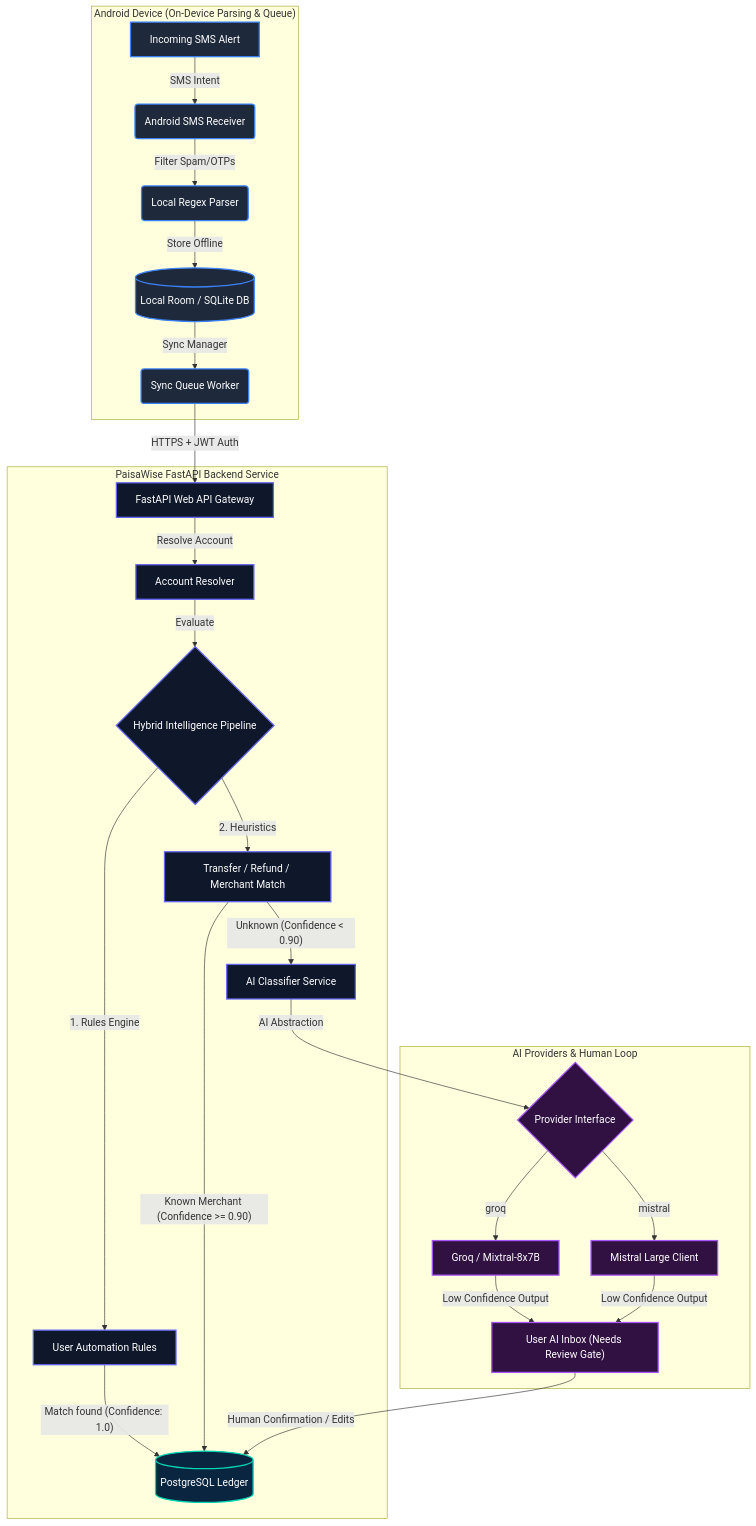
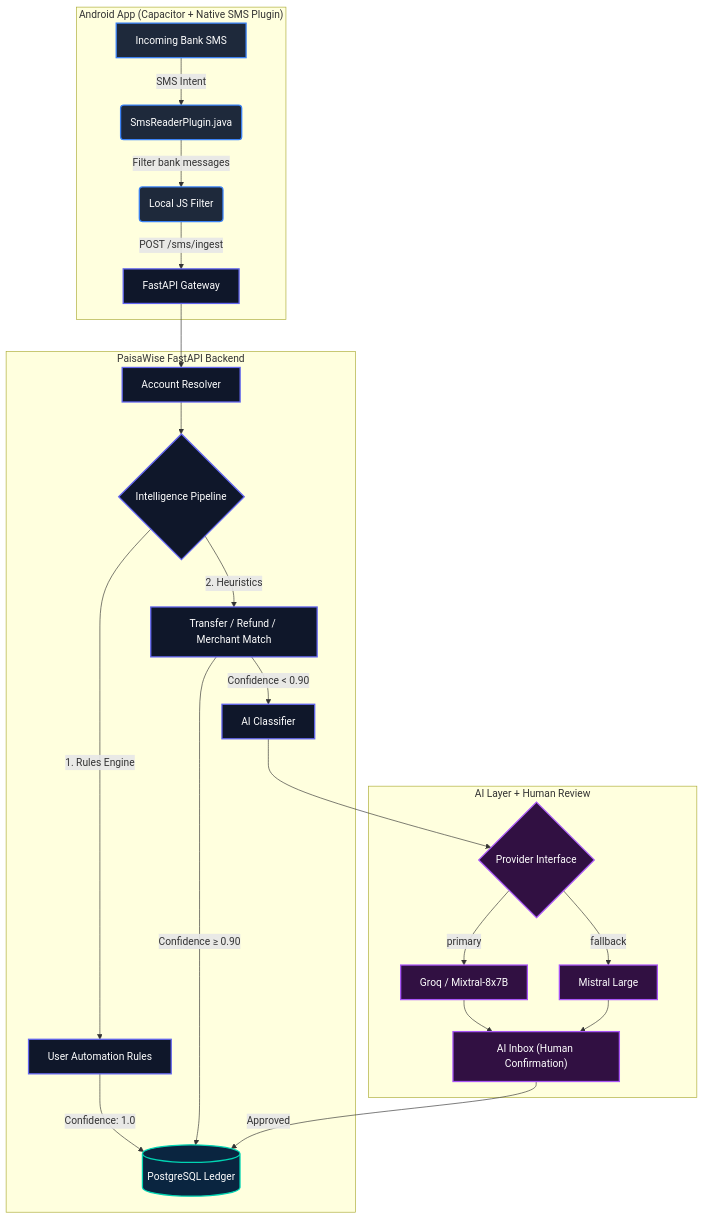
One commit to shlokbam/PaisaWise changed the diagram in README.md. Above: the diagram before and after it, drawn with Mermaid. The commit also changed other lines of this file, not shown here.

Commit message:
docs: update README with comprehensive feature lists, technical stack tables, and Android setup guide

````diff
--- a/README.md
+++ b/README.md
@@ -53,46 +188,37 @@
 ```mermaid
 graph TD
-    %% Styling
     classDef device fill:#1E293B,stroke:#3B82F6,stroke-width:2px,color:#fff;
     classDef backend fill:#0F172A,stroke:#6366F1,stroke-width:2px,color:#fff;
     classDef ai fill:#311042,stroke:#A855F7,stroke-width:2px,color:#fff;
     classDef db fill:#0A2540,stroke:#00D4B2,stroke-width:2px,color:#fff;
-    
-    subgraph Device ["Android Device (On-Device Parsing & Queue)"]
-        SMS["Incoming SMS Alert"] -->|"SMS Intent"| Recv("Android SMS Receiver")
-        Recv -->|"Filter Spam/OTPs"| Parser("Local Regex Parser")
-        Parser -->|"Store Offline"| OfflineDB[("Local Room / SQLite DB")]
-        OfflineDB -->|"Sync Manager"| SyncWorker("Sync Queue Worker")
+
+    subgraph Device ["Android App (Capacitor + Native SMS Plugin)"]
+        SMS["Incoming Bank SMS"] -->|SMS Intent| Recv("SmsReaderPlugin.java")
+        Recv -->|Filter bank messages| Parser("Local JS Filter")
+        Parser -->|POST /sms/ingest| API
     end
-    
-    subgraph Server ["PaisaWise FastAPI Backend Service"]
-        SyncWorker -->|"HTTPS + JWT Auth"| API["FastAPI Web API Gateway"]
-        
-        API -->|"Resolve Account"| Accounts["Account Resolver"]
-        Accounts -->|"Evaluate"| Pipeline{"Hybrid Intelligence Pipeline"}
-        
+
+    subgraph Server ["PaisaWise FastAPI Backend"]
+        API["FastAPI Gateway"] --> Accounts["Account Resolver"]
+        Accounts --> Pipeline{"Intelligence Pipeline"}
         Pipeline -->|"1. Rules Engine"| Rules["User Automation Rules"]
         Pipeline -->|"2. Heuristics"| Heuristics["Transfer / Refund / Merchant Match"]
-        
-        Rules -->|"Match found (Confidence: 1.0)"| DB[("PostgreSQL Ledger")]
-        Heuristics -->|"Known Merchant (Confidence >= 0.90)"| DB
-        
-        Heuristics -->|"Unknown (Confidence < 0.90)"| AIService["AI Classifier Service"]
+        Rules -->|"Confidence: 1.0"| DB[("PostgreSQL Ledger")]
+        Heuristics -->|"Confidence ≥ 0.90"| DB
+        Heuristics -->|"Confidence < 0.90"| AIService["AI Classifier"]
     end
-    
-    subgraph AISub ["AI Providers & Human Loop"]
-        AIService -->|"AI Abstraction"| Provider{"Provider Interface"}
-        Provider -->|"groq"| Groq["Groq / Mixtral-8x7B"]
-        Provider -->|"mistral"| Mistral["Mistral Large Client"]
-        
-        Groq -->|"Low Confidence Output"| ReviewBox["User AI Inbox (Needs Review Gate)"]
-        Mistral -->|"Low Confidence Output"| ReviewBox
-        
-        ReviewBox -->|"Human Confirmation / Edits"| DB
+
+    subgraph AISub ["AI Layer + Human Review"]
+        AIService --> Provider{"Provider Interface"}
+        Provider -->|primary| Groq["Groq / Mixtral-8x7B"]
+        Provider -->|fallback| Mistral["Mistral Large"]
+        Groq --> ReviewBox["AI Inbox (Human Confirmation)"]
+        Mistral --> ReviewBox
+        ReviewBox -->|Approved| DB
     end
-    
-    class SMS,Recv,Parser,OfflineDB,SyncWorker device;
+
+    class SMS,Recv,Parser device;
     class API,Accounts,Pipeline,Rules,Heuristics,AIService backend;
     class Provider,Groq,Mistral,ReviewBox ai;
     class DB db;
 ```
````
